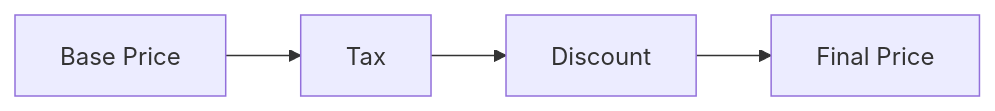
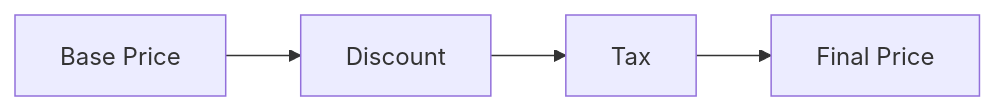
One commit to unchainedshop/unchained changed the diagram in docs/docs/guides/custom-pricing.md. Above: the diagram before and after it, drawn with Mermaid. The commit also changed other lines of this file and 23 other files, not shown here.

````diff
--- a/docs/docs/guides/custom-pricing.md
+++ b/docs/docs/guides/custom-pricing.md
@@ -16,4 +16,4 @@
 ```mermaid
 flowchart LR
-    BP[Base Price] --> TA[Tax] --> DA[Discount] --> FP[Final Price]
+    BP[Base Price] --> DA[Discount] --> TA[Tax] --> FP[Final Price]
 ```
````
